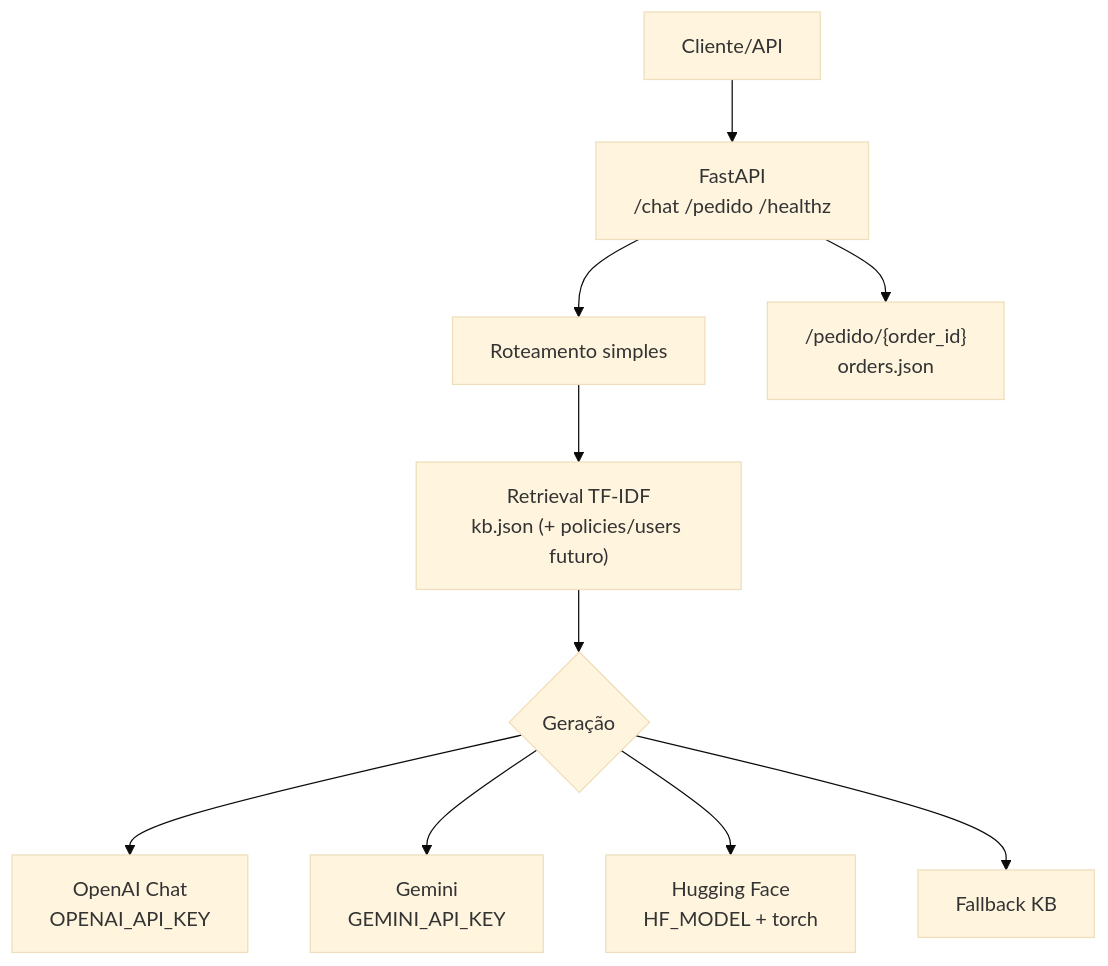
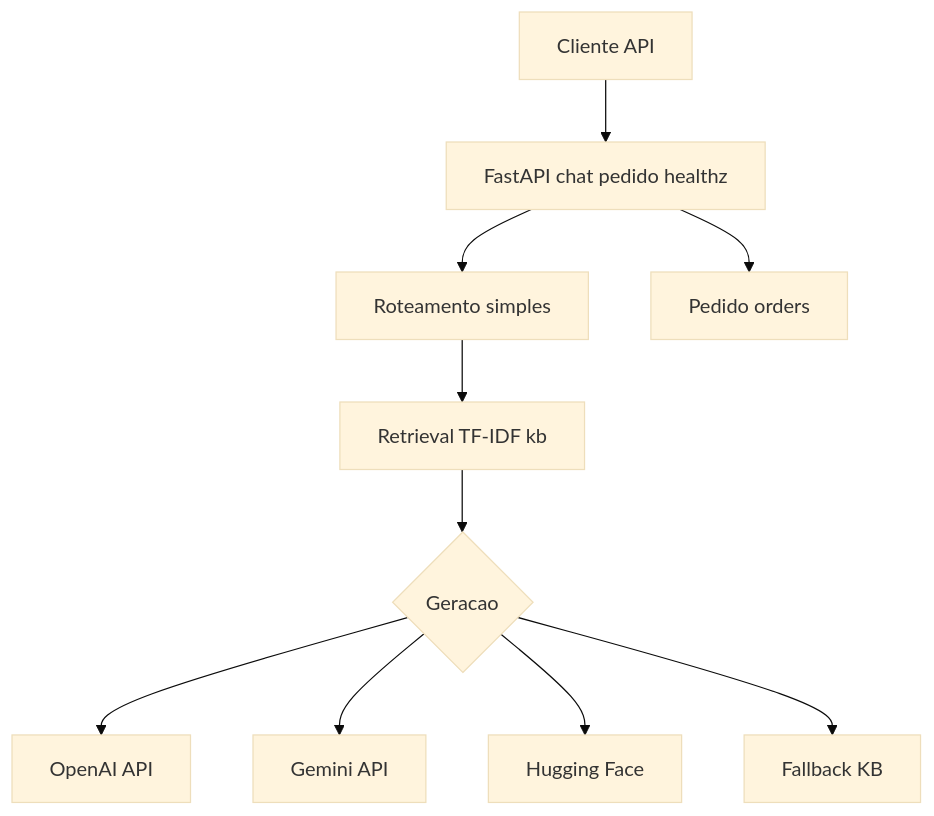
The first of 4 diagrams in docs/OVERVIEW.md (tamaraporf/-POC-chatbot), drawn with Mermaid (base theme) before and after one commit. The commit also changed other lines of this file and 11 other files, not shown here.

````diff
--- a/docs/OVERVIEW.md
+++ b/docs/OVERVIEW.md
@@ -26,12 +26,12 @@
 ```mermaid
 flowchart TD
-    A[Cliente/API] --> B["FastAPI<br/>/chat /pedido /healthz"]
+    A[Cliente API] --> B[FastAPI chat pedido healthz]
     B --> C[Roteamento simples]
-    C --> D["Retrieval TF-IDF<br/>kb.json (+ policies/users futuro)"]
-    D --> E{Geração}
-    E --> F["OpenAI Chat<br/>OPENAI_API_KEY"]
-    E --> G["Gemini<br/>GEMINI_API_KEY"]
-    E --> H["Hugging Face<br/>HF_MODEL + torch"]
-    E --> I["Fallback KB"]
-    B --> J["/pedido/{order_id}<br/>orders.json"]
+    C --> D[Retrieval TF-IDF kb]
+    D --> E{Geracao}
+    E --> F[OpenAI API]
+    E --> G[Gemini API]
+    E --> H[Hugging Face]
+    E --> I[Fallback KB]
+    B --> J[Pedido orders]
 ```
````
